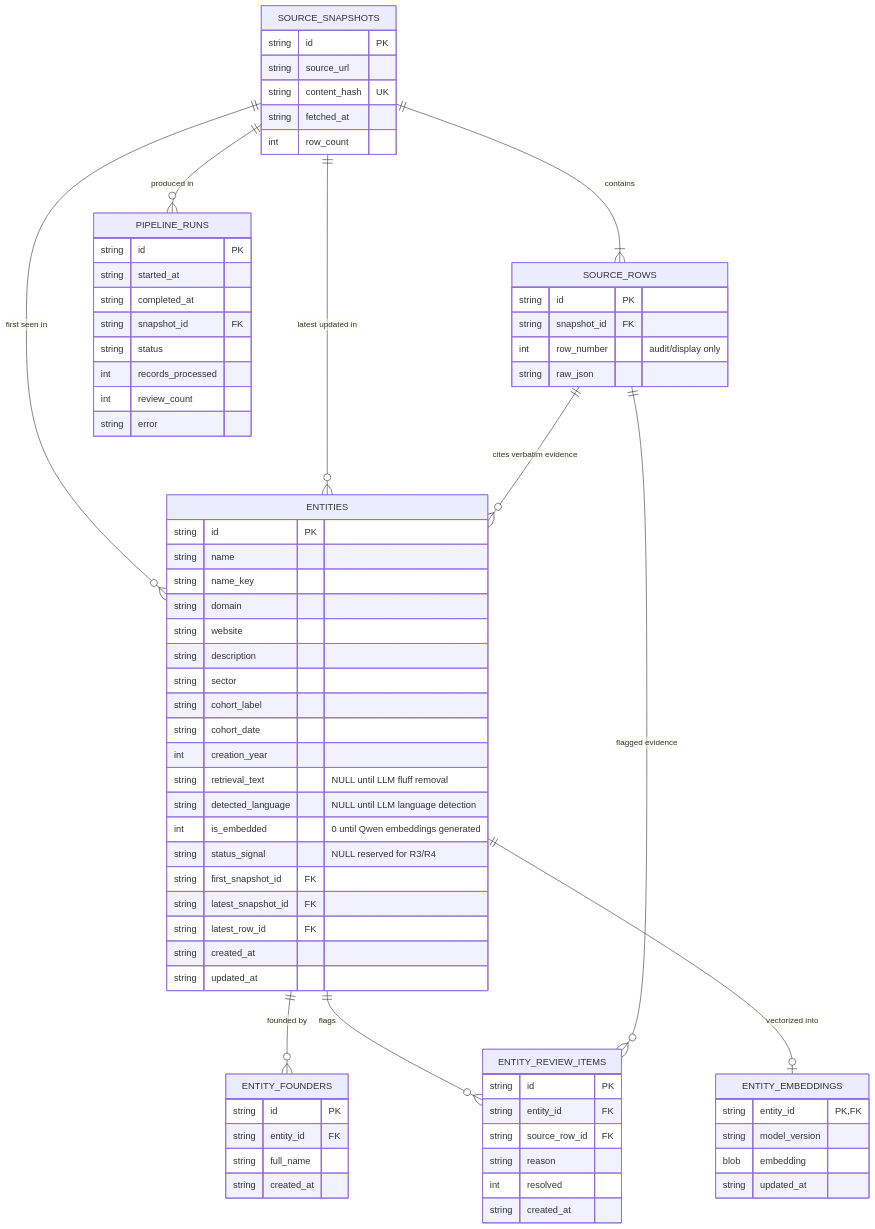
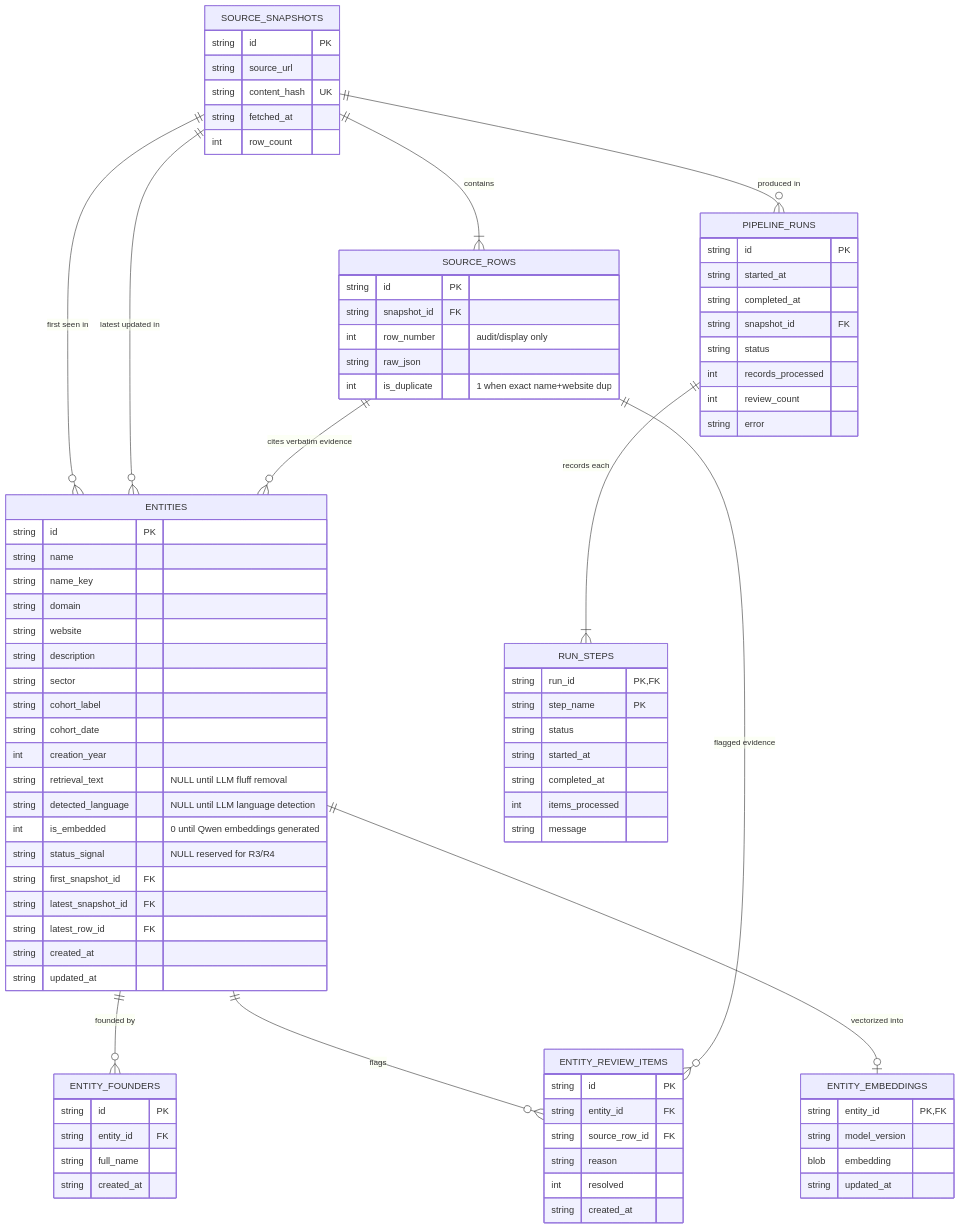
One commit to OussemaJaouadi/Athar changed the second of 3 diagrams in docs/DATA.md. Above: the diagram before and after it, drawn with Mermaid. The commit also changed other lines of this file and 12 other files, not shown here.

Commit message:
♻️ refactor: reconcile corpus with duplicate suppression and run steps

````diff
--- a/docs/DATA.md
+++ b/docs/DATA.md
@@ -97,6 +97,7 @@
         string snapshot_id FK
         int row_number "audit/display only"
         string raw_json
+        int is_duplicate "1 when exact name+website dup"
     }
 
     ENTITIES {
@@ -154,4 +155,15 @@
         int review_count
         string error
     }
+
+    PIPELINE_RUNS ||--|{ RUN_STEPS : "records each"
+    RUN_STEPS {
+        string run_id PK, FK
+        string step_name PK
+        string status
+        string started_at
+        string completed_at
+        int items_processed
+        string message
+    }
 ```
````
